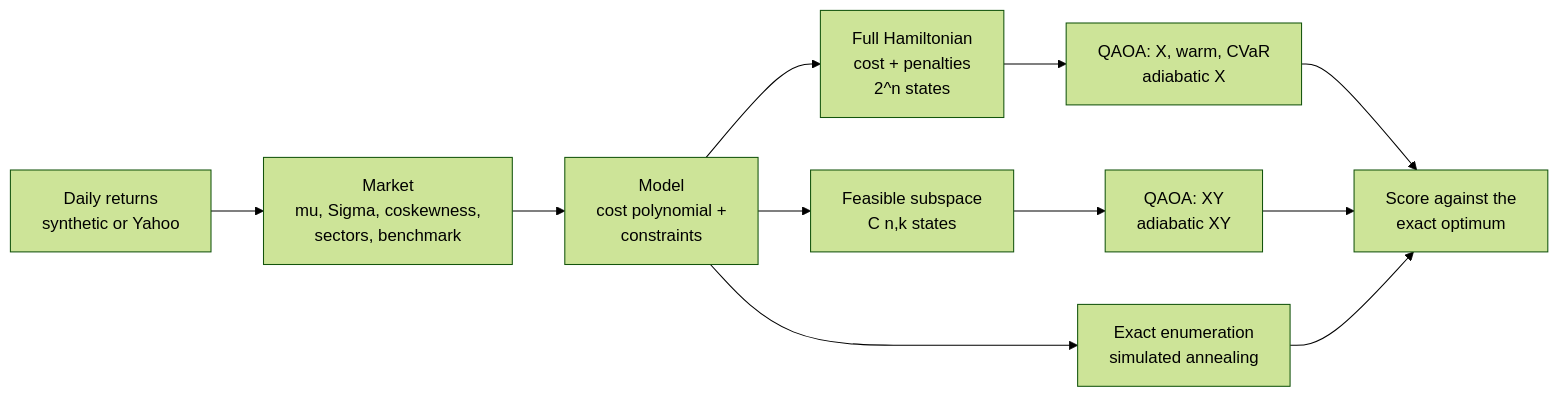
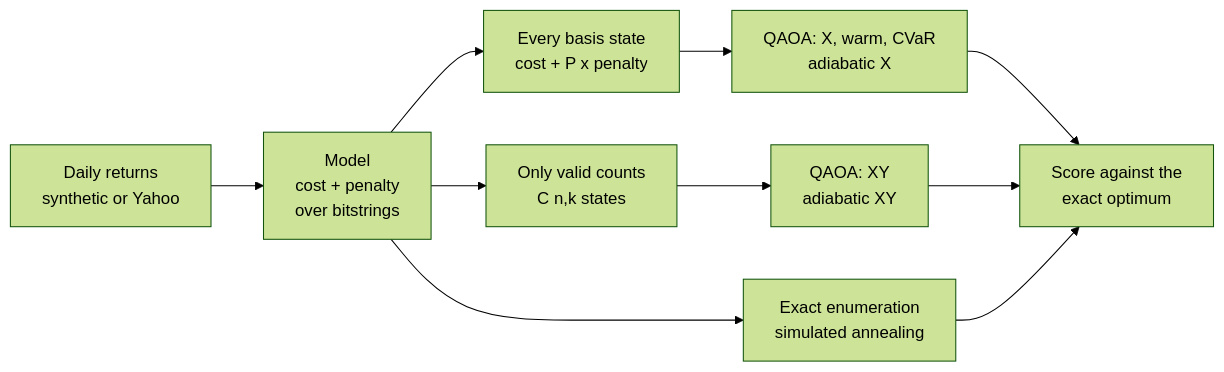
Before and after one commit to vincal848/quantum-portfolio: the diagram in README.md, drawn with Mermaid (forest theme). The commit also changed other lines of this file and 28 other files, not shown here.

````diff
--- a/README.md
+++ b/README.md
@@ -70,13 +65,12 @@
 ```mermaid
 flowchart LR
-    R[Daily returns<br/>synthetic or Yahoo] --> M[Market<br/>mu, Sigma, coskewness,<br/>sectors, benchmark]
-    M --> P[Model<br/>cost polynomial +<br/>constraints]
-    P --> H[Full Hamiltonian<br/>cost + penalties<br/>2^n states]
-    P --> XY[Feasible subspace<br/>C n,k states]
+    R[Daily returns<br/>synthetic or Yahoo] --> M[Model<br/>cost + penalty<br/>over bitstrings]
+    M --> H[Every basis state<br/>cost + P x penalty]
+    M --> XY[Only valid counts<br/>C n,k states]
     H --> QX[QAOA: X, warm, CVaR<br/>adiabatic X]
     XY --> QXY[QAOA: XY<br/>adiabatic XY]
-    P --> CL[Exact enumeration<br/>simulated annealing]
+    M --> CL[Exact enumeration<br/>simulated annealing]
     QX --> S[Score against the<br/>exact optimum]
     QXY --> S
     CL --> S
 ```
````
